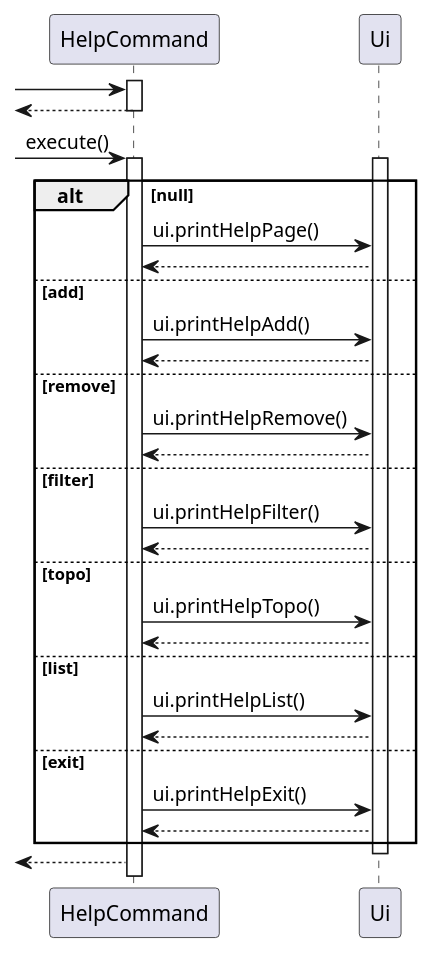
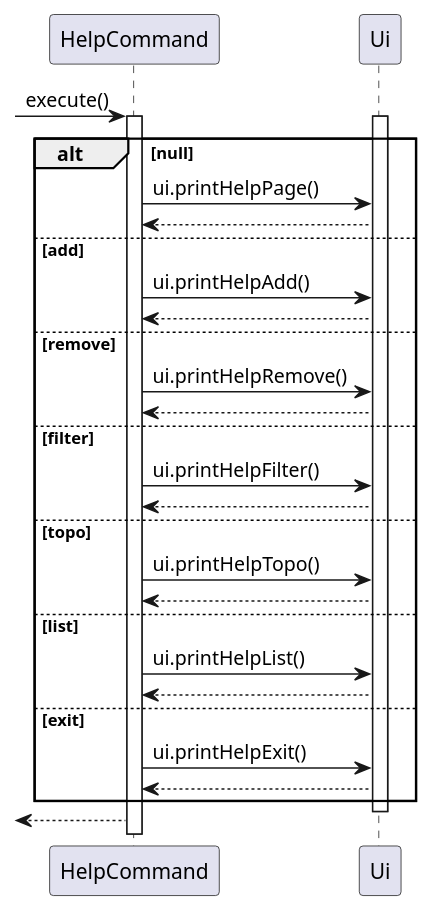
The diagram in docs/sequence/source-files/HelpFeature.puml (ong-ck/tp), drawn with PlantUML before and after one commit. The commit also changed 1 other file, not shown here.

Commit message:
Refactor HelpCommand sequence diagram

```diff
--- a/docs/sequence/source-files/HelpFeature.puml
+++ b/docs/sequence/source-files/HelpFeature.puml
@@ -1,38 +1,34 @@
 @startuml
 
 participant HelpCommand as hc
 participant Ui as ui
 
-activate hc
- -> hc **
-<-- hc
-deactivate hc
  -> hc : execute()
  activate hc
 activate ui
     alt null
     hc -> ui : ui.printHelpPage()
     ui --> hc
     else add
     hc -> ui : ui.printHelpAdd()
     ui --> hc
     else remove
     hc -> ui : ui.printHelpRemove()
     ui --> hc
     else filter
     hc -> ui : ui.printHelpFilter()
     ui --> hc
     else topo
     hc -> ui : ui.printHelpTopo()
     ui --> hc
     else list
     hc -> ui : ui.printHelpList()
     ui --> hc
     else exit
     hc -> ui : ui.printHelpExit()
     ui --> hc
    end
 deactivate ui
 <-- hc
 
 @enduml
```
